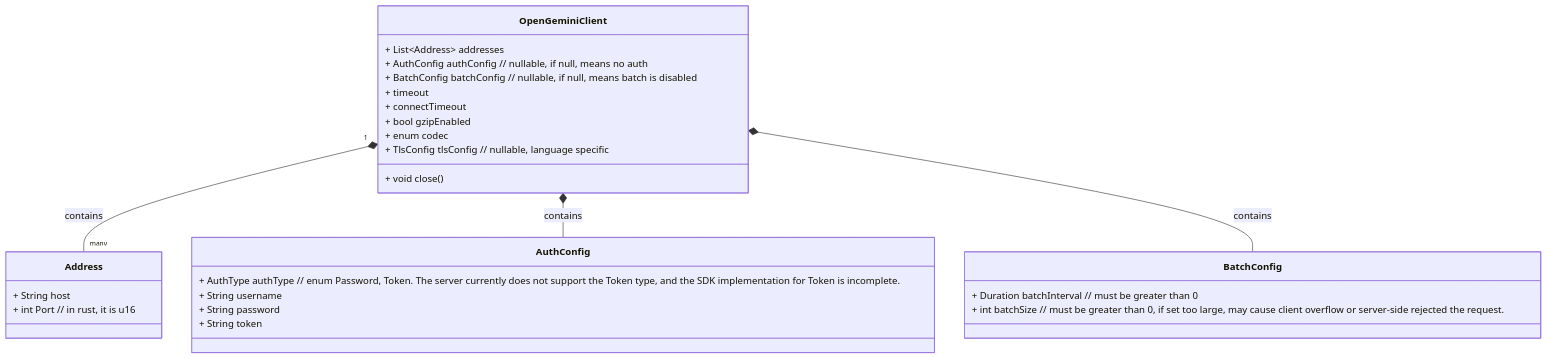
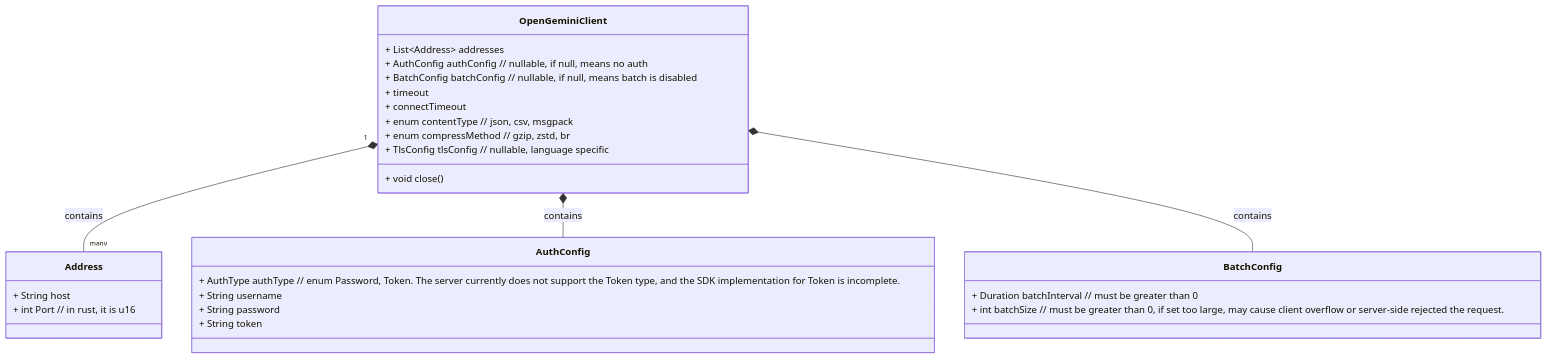
The first of 9 diagrams in src/guide/develop/client_design.md (openGemini/openGemini.github.io), drawn with Mermaid before and after one commit. The commit also changed 1 other file, not shown here.

Commit message:
doc: update config for contentType and compress method

````diff
--- a/src/guide/develop/client_design.md
+++ b/src/guide/develop/client_design.md
@@ -21,35 +21,35 @@
 ```mermaid
 classDiagram
     class OpenGeminiClient {
         + List~Address~ addresses
         + AuthConfig authConfig // nullable, if null, means no auth
         + BatchConfig batchConfig // nullable, if null, means batch is disabled
         + timeout
         + connectTimeout
-        + bool gzipEnabled
-        + enum codec
+        + enum contentType // json, csv, msgpack
+        + enum compressMethod // gzip, zstd, br
         + TlsConfig tlsConfig // nullable, language specific
         + void close()
     }
 
     class Address {
         + String host
         + int Port // in rust, it is u16
     }
 
     class AuthConfig {
         + AuthType authType // enum Password, Token. The server currently does not support the Token type, and the SDK implementation for Token is incomplete.
         + String username
         + String password
         + String token
     }
 
     class BatchConfig {
         + Duration batchInterval // must be greater than 0
         + int batchSize // must be greater than 0, if set too large, may cause client overflow or server-side rejected the request.
     }
 
     OpenGeminiClient "1" *-- "many" Address: contains
     OpenGeminiClient *-- AuthConfig: contains
     OpenGeminiClient *-- BatchConfig: contains
 ```
````
